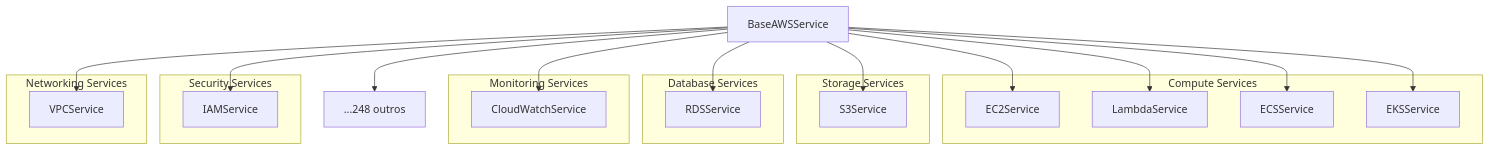
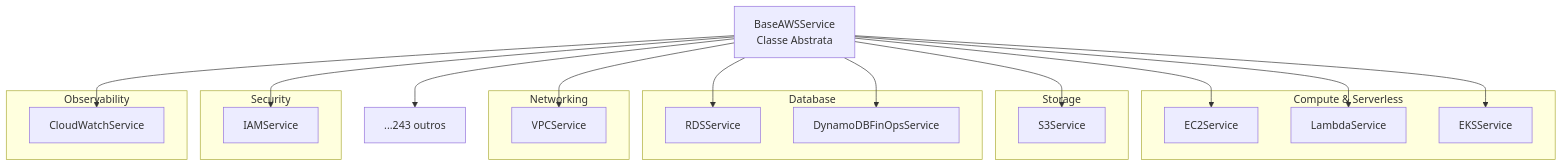
One commit to FELIPEACASTRO/finops-aws-bdr changed the seventh of 9 diagrams in docs/TECHNICAL_GUIDE.md. Above: the diagram before and after it, drawn with Mermaid. The commit also changed other lines of this file and 6 other files, not shown here.

````diff
--- a/docs/TECHNICAL_GUIDE.md
+++ b/docs/TECHNICAL_GUIDE.md
@@ -403,40 +1854,40 @@
 ```mermaid
 graph TD
-    A[BaseAWSService] --> B[EC2Service]
+    A[BaseAWSService<br/>Classe Abstrata] --> B[EC2Service]
     A --> C[LambdaService]
     A --> D[S3Service]
     A --> E[RDSService]
-    A --> F[ECSService]
+    A --> F[DynamoDBFinOpsService]
     A --> G[EKSService]
-    A --> H[CloudWatchService]
+    A --> H[VPCService]
     A --> I[IAMService]
-    A --> J[VPCService]
-    A --> K[...248 outros]
+    A --> J[CloudWatchService]
+    A --> K[...243 outros]
     
-    subgraph "Compute Services"
+    subgraph "Compute & Serverless"
         B
         C
-        F
         G
     end
     
-    subgraph "Storage Services"
+    subgraph "Storage"
         D
     end
     
-    subgraph "Database Services"
+    subgraph "Database"
         E
+        F
     end
     
-    subgraph "Monitoring Services"
+    subgraph "Networking"
         H
     end
     
-    subgraph "Security Services"
+    subgraph "Security"
         I
     end
     
-    subgraph "Networking Services"
+    subgraph "Observability"
         J
     end
 ```
````
